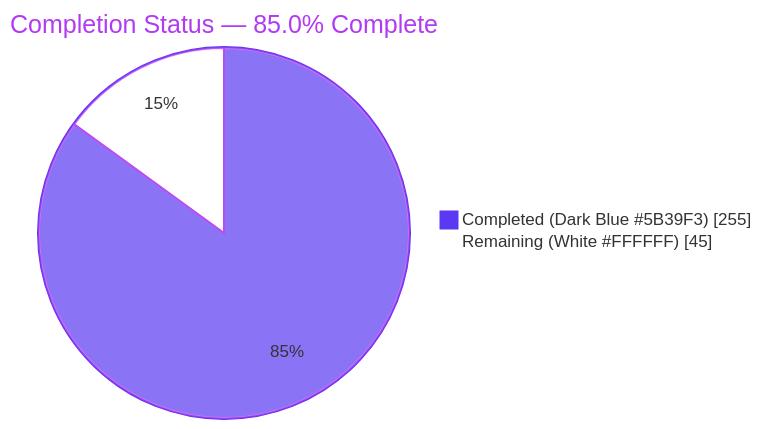
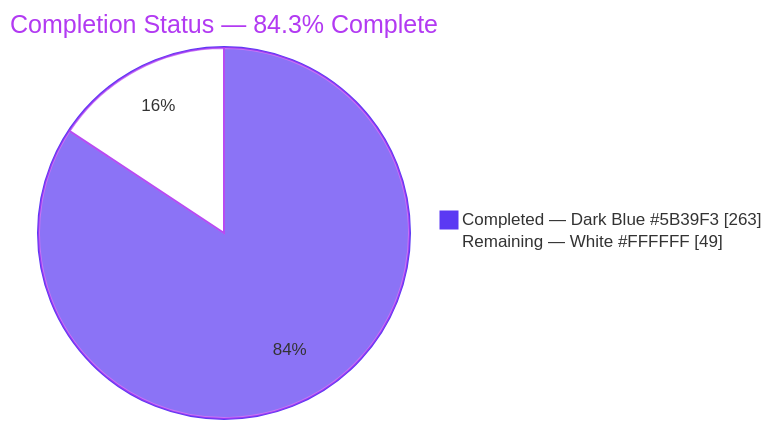
Before and after one commit to blitzy-public-samples/blitzy-kafka: the first of 3 diagrams in blitzy/documentation/Project Guide.md, drawn with Mermaid. The commit also changed other lines of this file, not shown here.

Commit message:
Adding Blitzy Project Guide: Project Status and Human Tasks Remaining

````diff
--- a/blitzy/documentation/Project Guide.md
+++ b/blitzy/documentation/Project Guide.md
@@ -34,6 +25,6 @@
 ```mermaid
 %%{init: {"theme":"base","themeVariables":{"pie1":"#5B39F3","pie2":"#FFFFFF","pieStrokeColor":"#B23AF2","pieStrokeWidth":"2px","pieOuterStrokeColor":"#5B39F3","pieOuterStrokeWidth":"2px","pieTitleTextColor":"#B23AF2","pieSectionTextColor":"#333333","pieLegendTextColor":"#333333"}}}%%
-pie showData title Completion Status — 85.0% Complete
-    "Completed (Dark Blue #5B39F3)" : 255
-    "Remaining (White #FFFFFF)" : 45
+pie showData title Completion Status — 84.3% Complete
+    "Completed — Dark Blue #5B39F3" : 263
+    "Remaining — White #FFFFFF" : 49
 ```
````
